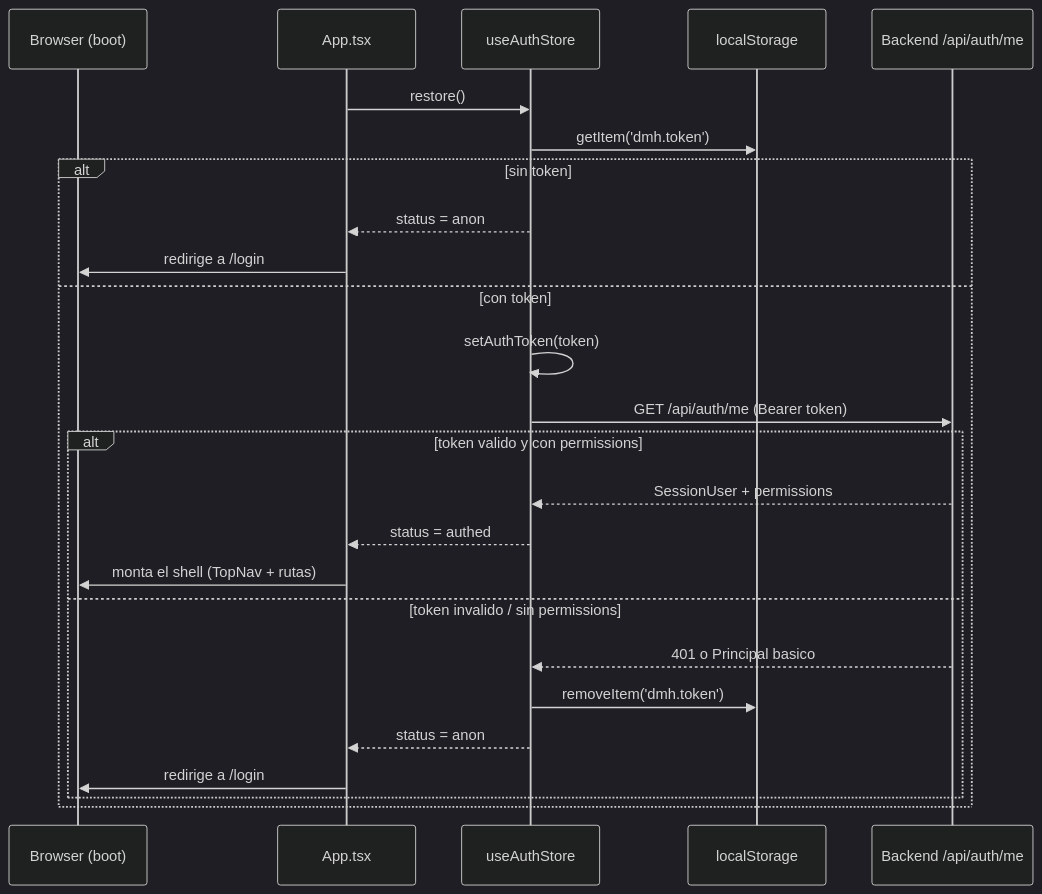
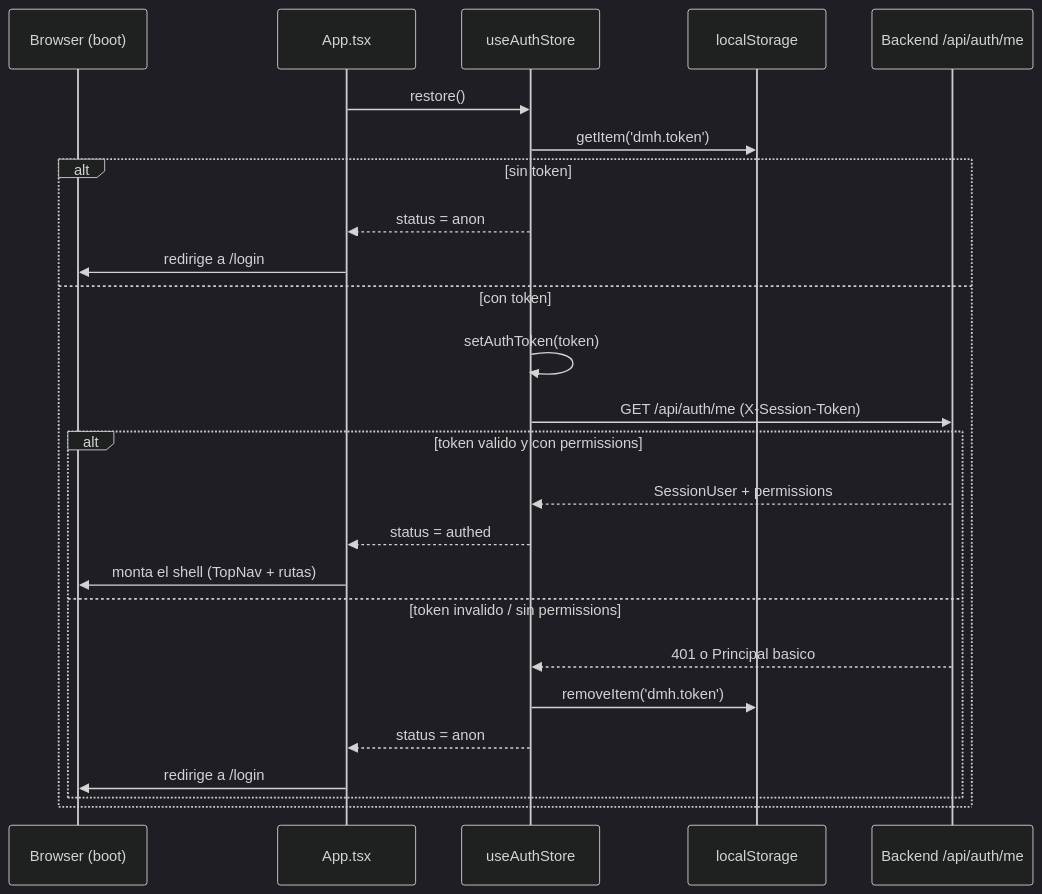
Before and after one commit to Carlosmps97/web-data-model-hub: the second of 5 diagrams in doc/seguridad.md, drawn with Mermaid (dark theme). The commit also changed other lines of this file and 8 other files, not shown here.

````diff
--- a/doc/seguridad.md
+++ b/doc/seguridad.md
@@ -113,28 +154,28 @@
 ```mermaid
 sequenceDiagram
     participant B as Browser (boot)
     participant App as App.tsx
     participant Store as useAuthStore
     participant LS as localStorage
     participant API as Backend /api/auth/me
 
     App->>Store: restore()
     Store->>LS: getItem('dmh.token')
     alt sin token
         Store-->>App: status = anon
         App->>B: redirige a /login
     else con token
         Store->>Store: setAuthToken(token)
-        Store->>API: GET /api/auth/me (Bearer token)
+        Store->>API: GET /api/auth/me (X-Session-Token)
         alt token valido y con permissions
             API-->>Store: SessionUser + permissions
             Store-->>App: status = authed
             App->>B: monta el shell (TopNav + rutas)
         else token invalido / sin permissions
             API-->>Store: 401 o Principal basico
             Store->>LS: removeItem('dmh.token')
             Store-->>App: status = anon
             App->>B: redirige a /login
         end
     end
 ```
````
